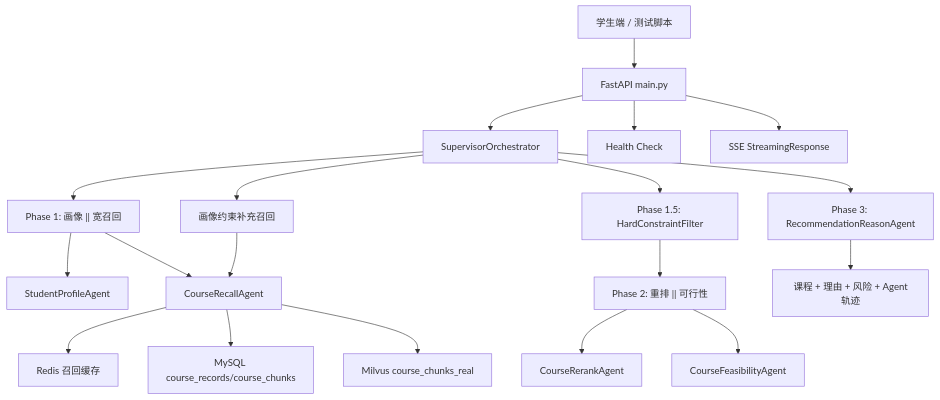
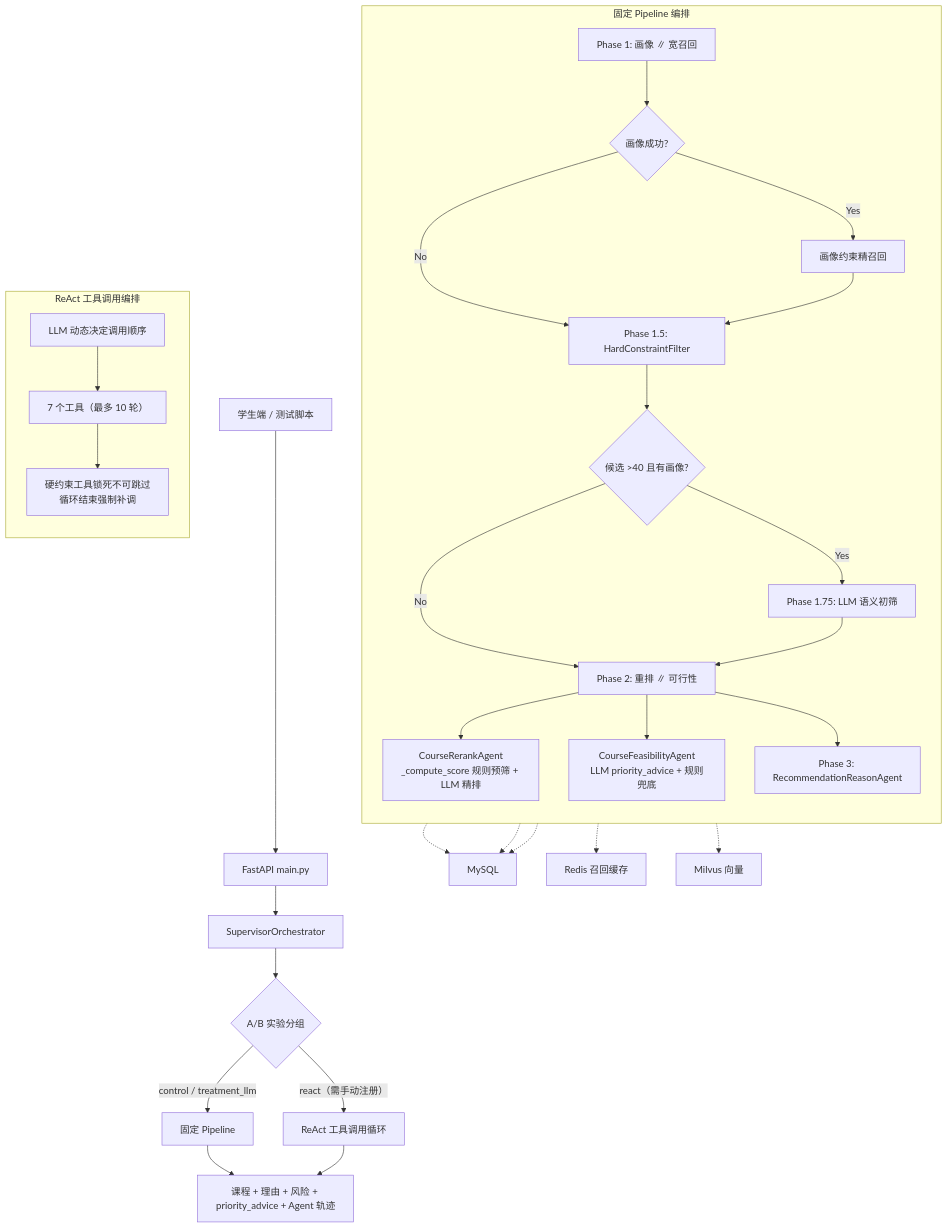
The first of 2 diagrams in docs/architecture.md (UNCEIR/multi-agent-course-system), drawn with Mermaid before and after one commit. The commit also changed other lines of this file and 15 other files, not shown here.

````diff
--- a/docs/architecture.md
+++ b/docs/architecture.md
@@ -26,26 +30,41 @@
 ```mermaid
 flowchart TD
     client["学生端 / 测试脚本"] --> api["FastAPI main.py"]
     api --> supervisor["SupervisorOrchestrator"]
-    api --> health["Health Check"]
-    api --> stream["SSE StreamingResponse"]
+    supervisor --> ab{"A/B 实验分组"}
 
-    supervisor --> phase1["Phase 1: 画像 || 宽召回"]
-    phase1 --> profile["StudentProfileAgent"]
-    phase1 --> recall["CourseRecallAgent"]
+    ab -->|"control / treatment_llm"| pipeline["固定 Pipeline"]
+    ab -->|"react（需手动注册）"| react["ReAct 工具调用循环"]
 
-    recall --> redis["Redis 召回缓存"]
-    recall --> mysql["MySQL course_records/course_chunks"]
-    recall --> milvus["Milvus course_chunks_real"]
+    subgraph pipeline_flow ["固定 Pipeline 编排"]
+        direction TB
+        p1["Phase 1: 画像 ∥ 宽召回"]
+        p1 --> profile_done{"画像成功?"}
+        profile_done -->|Yes| refined["画像约束精召回"]
+        profile_done -->|No| hard
+        refined --> hard["Phase 1.5: HardConstraintFilter"]
+        hard --> semantic{"候选 >40 且有画像?"}
+        semantic -->|Yes| llm_filter["Phase 1.75: LLM 语义初筛"]
+        semantic -->|No| p2
+        llm_filter --> p2["Phase 2: 重排 ∥ 可行性"]
+        p2 --> rerank["CourseRerankAgent\n_compute_score 规则预筛 + LLM 精排"]
+        p2 --> feasibility["CourseFeasibilityAgent\nLLM priority_advice + 规则兜底"]
+        p2 --> p3["Phase 3: RecommendationReasonAgent"]
+    end
 
-    supervisor --> refined["画像约束补充召回"]
-    refined --> recall
+    subgraph react_flow ["ReAct 工具调用编排"]
+        direction TB
+        r1["LLM 动态决定调用顺序"]
+        r1 --> tools["7 个工具（最多 10 轮）"]
+        tools --> guard["硬约束工具锁死不可跳过\n循环结束强制补调"]
+    end
 
-    supervisor --> hard["Phase 1.5: HardConstraintFilter"]
-    hard --> phase2["Phase 2: 重排 || 可行性"]
-    phase2 --> rerank["CourseRerankAgent"]
-    phase2 --> feasibility["CourseFeasibilityAgent"]
+    pipeline --> response["课程 + 理由 + 风险 + priority_advice + Agent 轨迹"]
+    react --> response
 
-    supervisor --> reason["Phase 3: RecommendationReasonAgent"]
-    reason --> response["课程 + 理由 + 风险 + Agent轨迹"]
+    rerank -.-> mysql["MySQL"]
+    feasibility -.-> mysql
+    p1 -.-> redis["Redis 召回缓存"]
+    p1 -.-> milvus["Milvus 向量"]
+    p1 -.-> mysql
 ```
````
